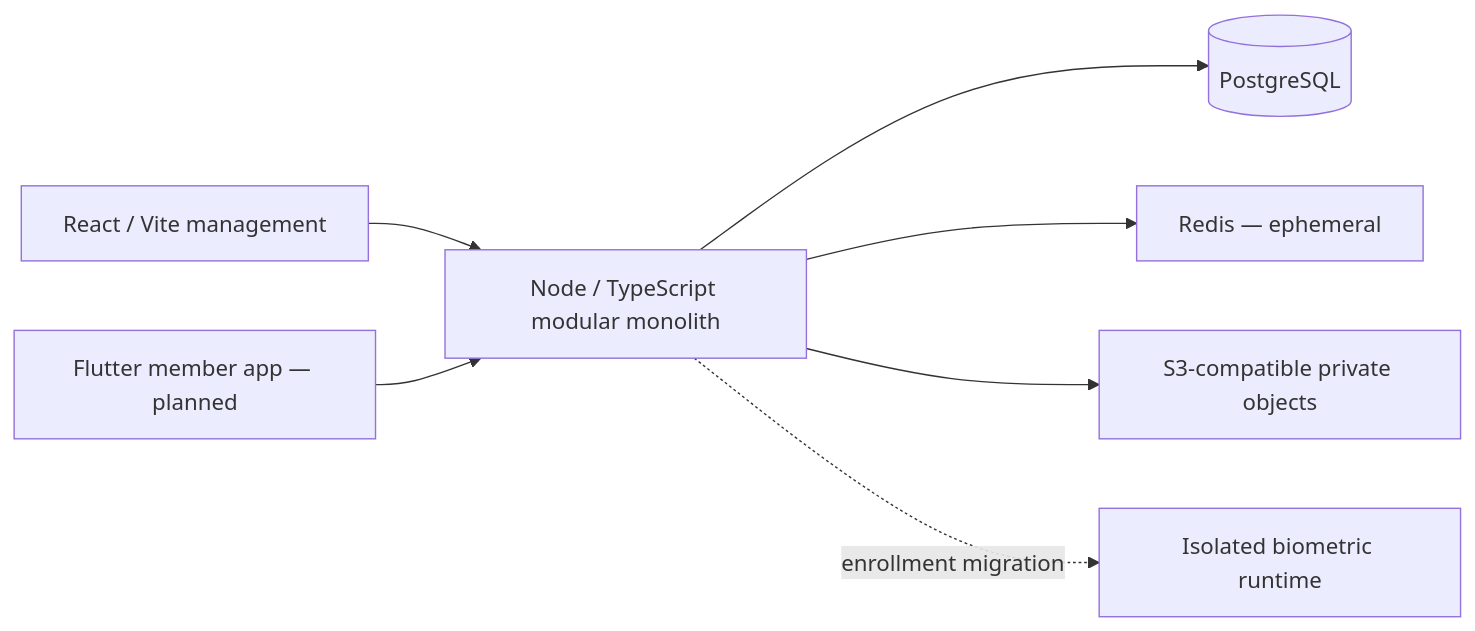
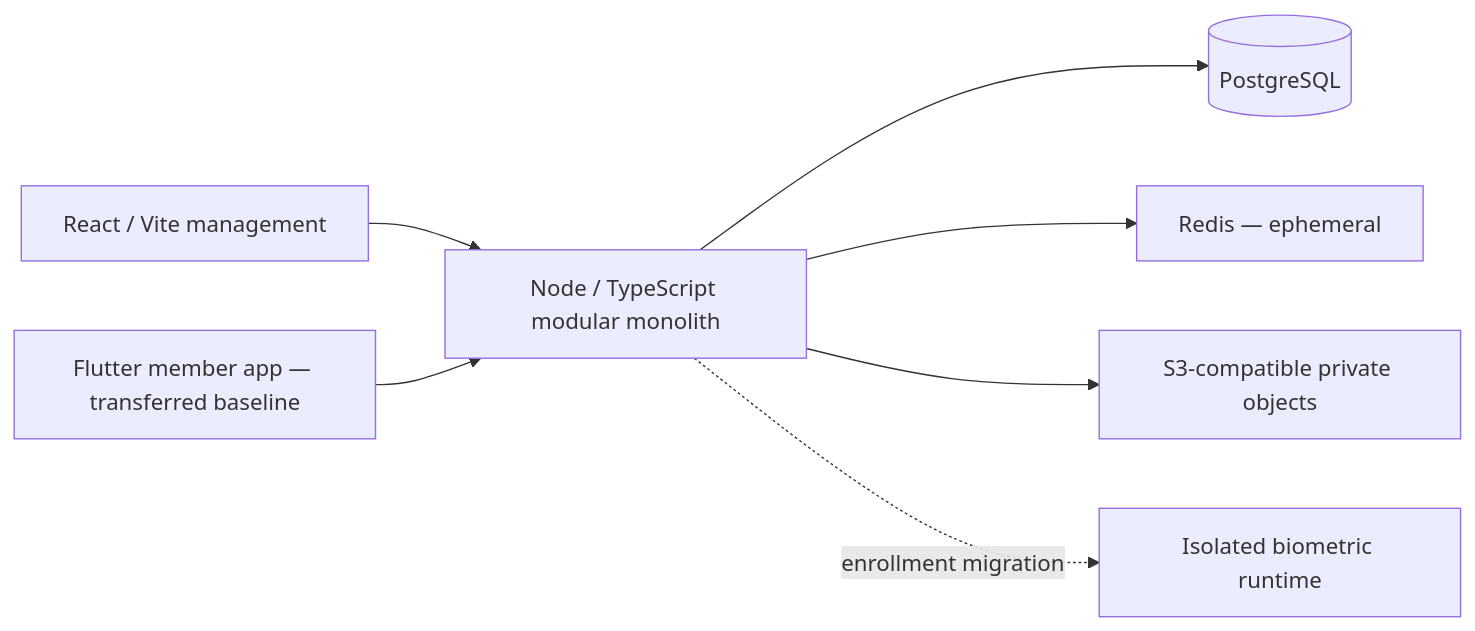
The diagram in docs/architecture/FOUNDATION.md (42prom/ERTAD), drawn with Mermaid before and after one commit. The commit also changed other lines of this file and 176 other files, not shown here.

````diff
--- a/docs/architecture/FOUNDATION.md
+++ b/docs/architecture/FOUNDATION.md
@@ -13,9 +33,9 @@
 ```mermaid
 flowchart LR
   W[React / Vite management] --> A[Node / TypeScript modular monolith]
-  M[Flutter member app — planned] --> A
+  M[Flutter member app — transferred baseline] --> A
   A --> P[(PostgreSQL)]
   A --> R[Redis — ephemeral]
   A --> S[S3-compatible private objects]
   A -. enrollment migration .-> B[Isolated biometric runtime]
 ```
````
